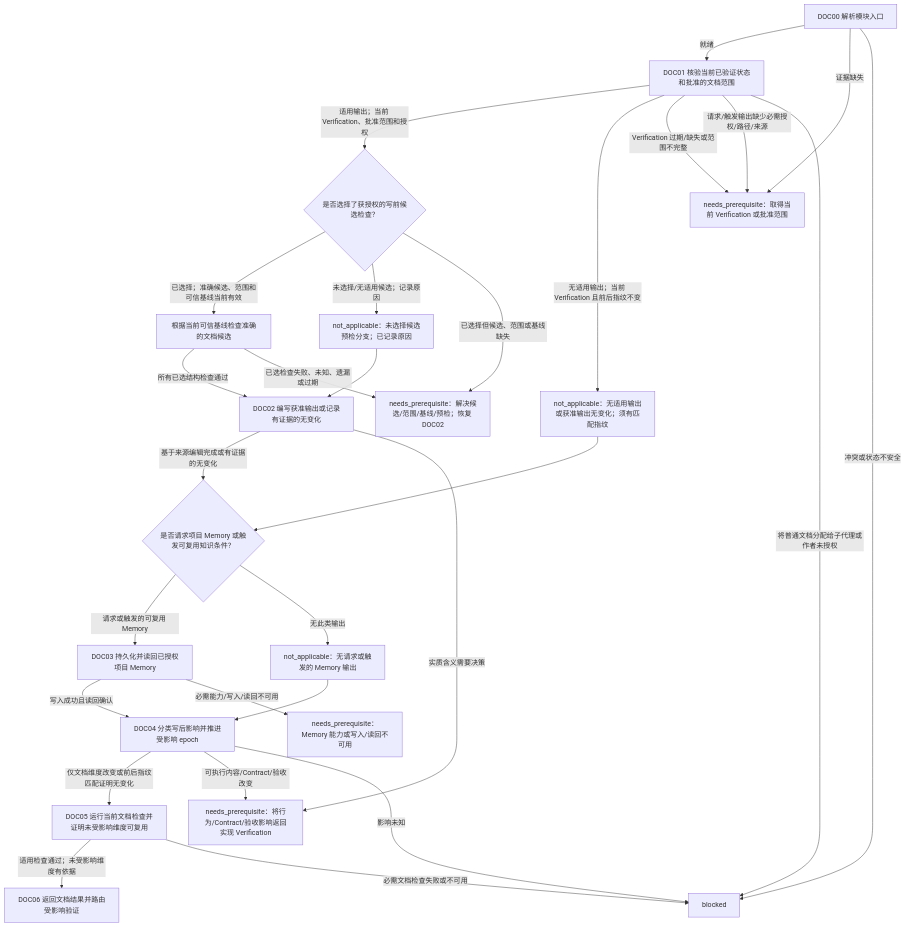
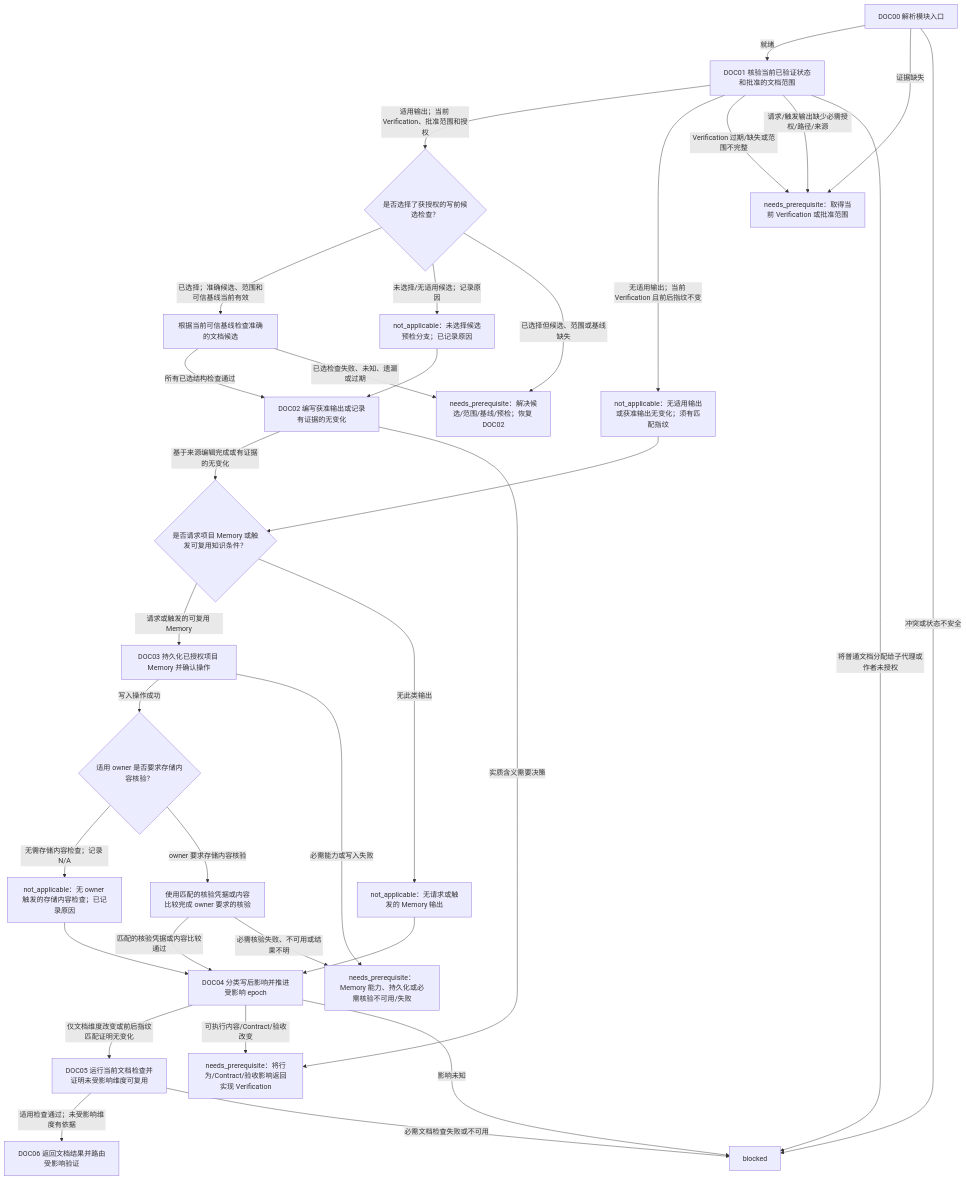
The diagram in docs/skill/references/coding/layer-04-workflows/modules/documentation_zh_cn.md (john-z-huang/token-io-decoupling), drawn with Mermaid before and after one commit. The commit also changed other lines of this file and 45 other files, not shown here.

````diff
--- a/docs/skill/references/coding/layer-04-workflows/modules/documentation_zh_cn.md
+++ b/docs/skill/references/coding/layer-04-workflows/modules/documentation_zh_cn.md
@@ -19,48 +19,56 @@
 ```mermaid
 flowchart TD
     DOC00["DOC00 解析模块入口"]
     DOC01["DOC01 核验当前已验证状态和批准的文档范围"]
     D_PREFLIGHT{"是否选择了获授权的写前候选检查？"}
     DOC_PREFLIGHT["根据当前可信基线检查准确的文档候选"]
     DOC_PREFLIGHT_NA["not_applicable：未选择候选预检分支；已记录原因"]
     DOC_NEEDS_PREFLIGHT["needs_prerequisite：解决候选/范围/基线/预检；恢复 DOC02"]
     DOC02["DOC02 编写获准输出或记录有证据的无变化"]
     D_MEMORY{"是否请求项目 Memory 或触发可复用知识条件？"}
-    DOC03["DOC03 持久化并读回已授权项目 Memory"]
+    DOC03["DOC03 持久化已授权项目 Memory 并确认操作"]
+    D_MEMORY_VERIFY{"适用 owner 是否要求存储内容核验？"}
+    DOC_MEM_VERIFY["使用匹配的核验凭据或内容比较完成 owner 要求的核验"]
+    DOC_MEM_VERIFY_NA["not_applicable：无 owner 触发的存储内容检查；已记录原因"]
     DOC04["DOC04 分类写后影响并推进受影响 epoch"]
     DOC05["DOC05 运行当前文档检查并证明未受影响维度可复用"]
     DOC06["DOC06 返回文档结果并路由受影响验证"]
     DOC_NEEDS["needs_prerequisite：取得当前 Verification 或批准范围"]
     DOC_NEEDS_IMPL["needs_prerequisite：将行为/Contract/验收影响返回实现 Verification"]
-    DOC_NEEDS_MEM["needs_prerequisite：Memory 能力或写入/读回不可用"]
+    DOC_NEEDS_MEM["needs_prerequisite：Memory 能力、持久化或必需核验不可用/失败"]
     DOC_BLOCK["blocked"]
     DOC_MEM_NA["not_applicable：无请求或触发的 Memory 输出"]
     DOC_OUTPUT_NA["not_applicable：无适用输出或获准输出无变化；须有匹配指纹"]
     DOC00 -- 就绪 --> DOC01
     DOC00 -- 证据缺失 --> DOC_NEEDS
     DOC00 -- 冲突或状态不安全 --> DOC_BLOCK
     DOC01 -- 适用输出；当前 Verification、批准范围和授权 --> D_PREFLIGHT
     DOC01 -- 无适用输出；当前 Verification 且前后指纹不变 --> DOC_OUTPUT_NA
     DOC01 -- Verification 过期/缺失或范围不完整 --> DOC_NEEDS
     DOC01 -- 请求/触发输出缺少必需授权/路径/来源 --> DOC_NEEDS
     DOC01 -- 将普通文档分配给子代理或作者未授权 --> DOC_BLOCK
     D_PREFLIGHT -- 已选择；准确候选、范围和可信基线当前有效 --> DOC_PREFLIGHT
     D_PREFLIGHT -- 未选择/无适用候选；记录原因 --> DOC_PREFLIGHT_NA
     D_PREFLIGHT -- 已选择但候选、范围或基线缺失 --> DOC_NEEDS_PREFLIGHT
     DOC_PREFLIGHT -- 所有已选结构检查通过 --> DOC02
     DOC_PREFLIGHT -- 已选检查失败、未知、遗漏或过期 --> DOC_NEEDS_PREFLIGHT
     DOC_PREFLIGHT_NA --> DOC02
     DOC02 -- 基于来源编辑完成或有证据的无变化 --> D_MEMORY
     DOC02 -- 实质含义需要决策 --> DOC_NEEDS_IMPL
     D_MEMORY -- 请求或触发的可复用 Memory --> DOC03
     D_MEMORY -- 无此类输出 --> DOC_MEM_NA
-    DOC03 -- 写入成功且读回确认 --> DOC04
-    DOC03 -- 必需能力/写入/读回不可用 --> DOC_NEEDS_MEM
+    DOC03 -- 写入操作成功 --> D_MEMORY_VERIFY
+    D_MEMORY_VERIFY -- 无需存储内容检查；记录 N/A --> DOC_MEM_VERIFY_NA
+    D_MEMORY_VERIFY -- owner 要求存储内容核验 --> DOC_MEM_VERIFY
+    DOC_MEM_VERIFY -- 匹配的核验凭据或内容比较通过 --> DOC04
+    DOC_MEM_VERIFY -- 必需核验失败、不可用或结果不明 --> DOC_NEEDS_MEM
+    DOC03 -- 必需能力或写入失败 --> DOC_NEEDS_MEM
+    DOC_MEM_VERIFY_NA --> DOC04
     DOC_MEM_NA --> DOC04
     DOC_OUTPUT_NA --> D_MEMORY
     DOC04 -- 仅文档维度改变或前后指纹匹配证明无变化 --> DOC05
     DOC04 -- 可执行内容/Contract/验收改变 --> DOC_NEEDS_IMPL
     DOC04 -- 影响未知 --> DOC_BLOCK
     DOC05 -- 适用检查通过；未受影响维度有依据 --> DOC06
     DOC05 -- 必需文档检查失败或不可用 --> DOC_BLOCK
 ```
````
